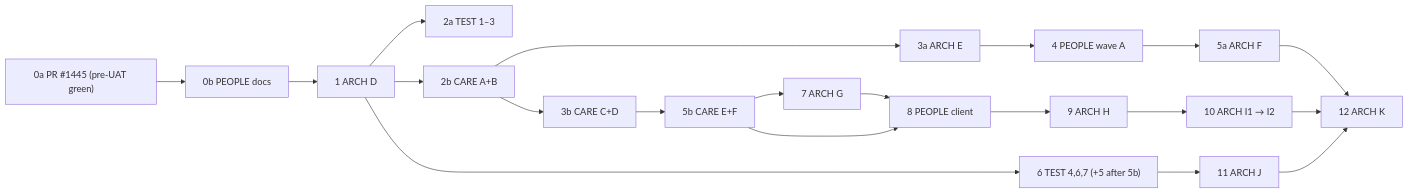
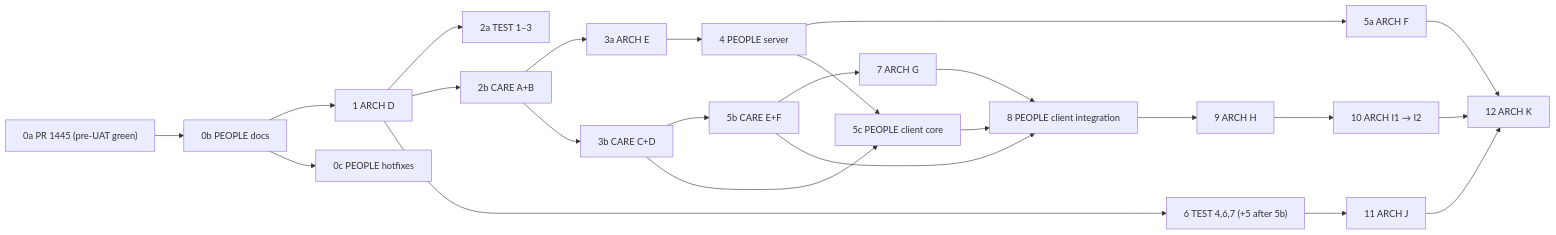
One commit to KanopeeKa/AgathaCheck changed the diagram in docs/agent-efficiency/parallel-programmes.md. Above: the diagram before and after it, drawn with Mermaid. The commit also changed other lines of this file and 3 other files, not shown here.

````diff
--- a/docs/agent-efficiency/parallel-programmes.md
+++ b/docs/agent-efficiency/parallel-programmes.md
@@ -95,22 +97,26 @@
 ```mermaid
 flowchart LR
-  L0a["0a PR #1445 (pre-UAT green)"] --> L0b["0b PEOPLE docs"]
+  L0a["0a PR 1445 (pre-UAT green)"] --> L0b["0b PEOPLE docs"]
   L0b --> L1["1 ARCH D"]
+  L0b --> L0c["0c PEOPLE hotfixes"]
   L1 --> L2a["2a TEST 1–3"]
   L1 --> L2b["2b CARE A+B"]
   L2b --> L3a["3a ARCH E"]
   L2b --> L3b["3b CARE C+D"]
-  L3a --> L4["4 PEOPLE wave A"]
+  L3a --> L4["4 PEOPLE server"]
   L4 --> L5a["5a ARCH F"]
   L3b --> L5b["5b CARE E+F"]
   L1 --> L6["6 TEST 4,6,7 (+5 after 5b)"]
   L5b --> L7["7 ARCH G"]
-  L5b --> L8["8 PEOPLE client"]
+  L4 --> L5c["5c PEOPLE client core"]
+  L3b --> L5c
+  L5c --> L8["8 PEOPLE client integration"]
+  L5b --> L8
   L7 --> L8
   L8 --> L9["9 ARCH H"]
   L9 --> L10["10 ARCH I1 → I2"]
   L6 --> L11["11 ARCH J"]
   L10 --> L12["12 ARCH K"]
   L11 --> L12
   L5a --> L12
 ```
````
